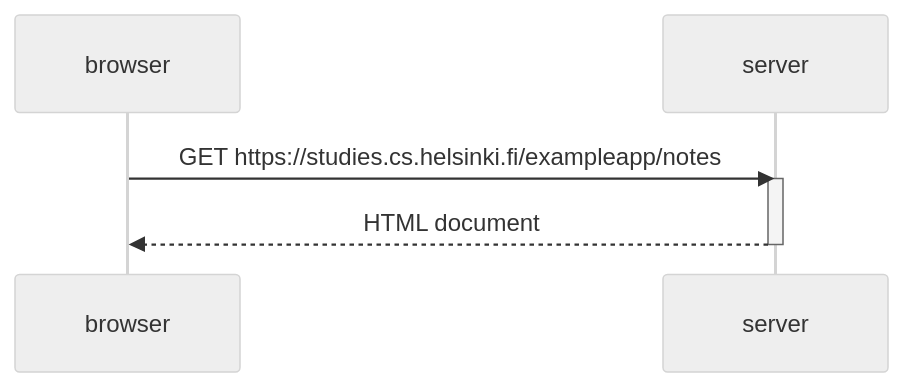
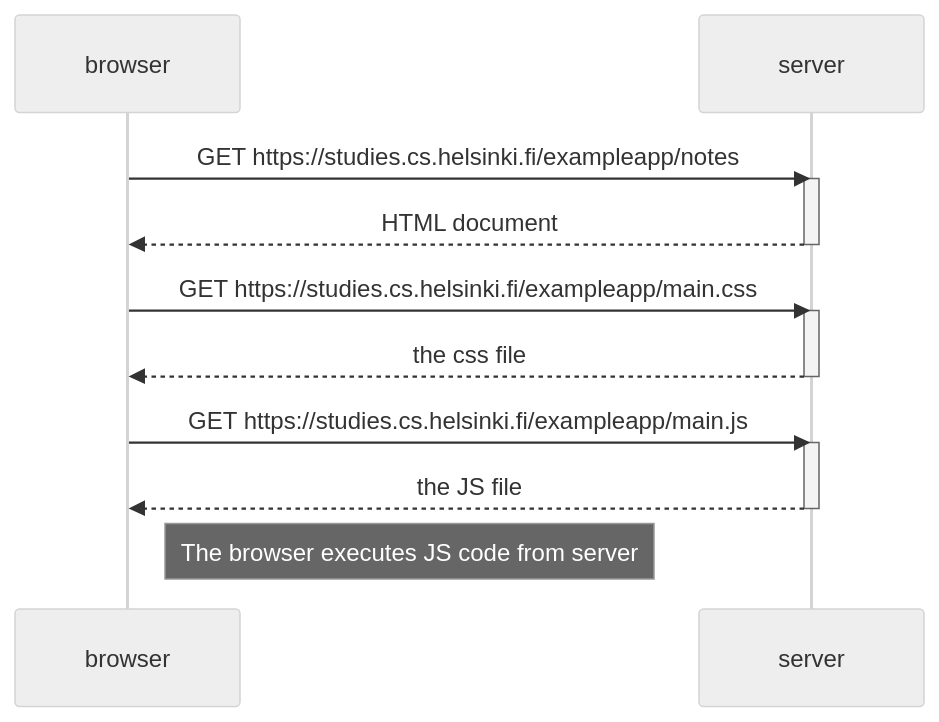
Before and after one commit to justinr922/FullStackOpen: the diagram in part0/process_diagram.md, drawn with Mermaid (neutral theme).

Commit message:
add initial interactions

````diff
--- a/part0/process_diagram.md
+++ b/part0/process_diagram.md
@@ -1,9 +1,21 @@
 ```mermaid
 sequenceDiagram
     participant browser
     participant server
     browser->>server: GET https://studies.cs.helsinki.fi/exampleapp/notes
     activate server
     server-->>browser: HTML document
     deactivate server
+
+    browser->>server: GET https://studies.cs.helsinki.fi/exampleapp/main.css
+    activate server
+    server-->>browser: the css file
+    deactivate server
+
+    browser->>server: GET https://studies.cs.helsinki.fi/exampleapp/main.js
+    activate server
+    server-->>browser: the JS file
+    deactivate server
+
+    Note right of browser: The browser executes JS code from server
 ```
````
